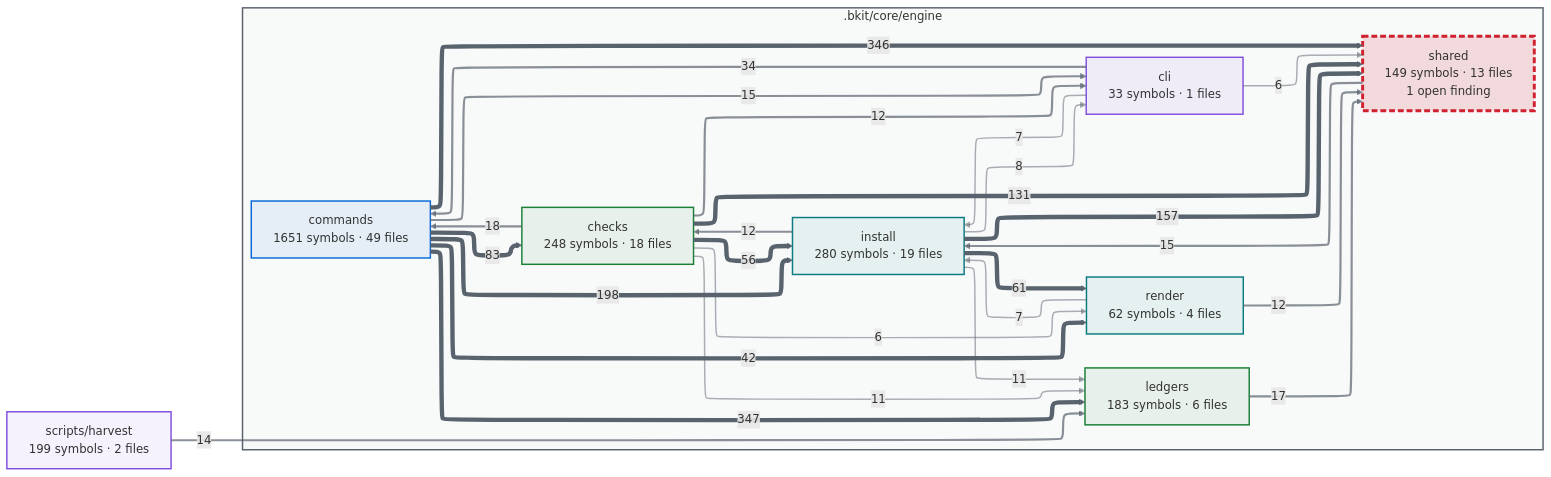
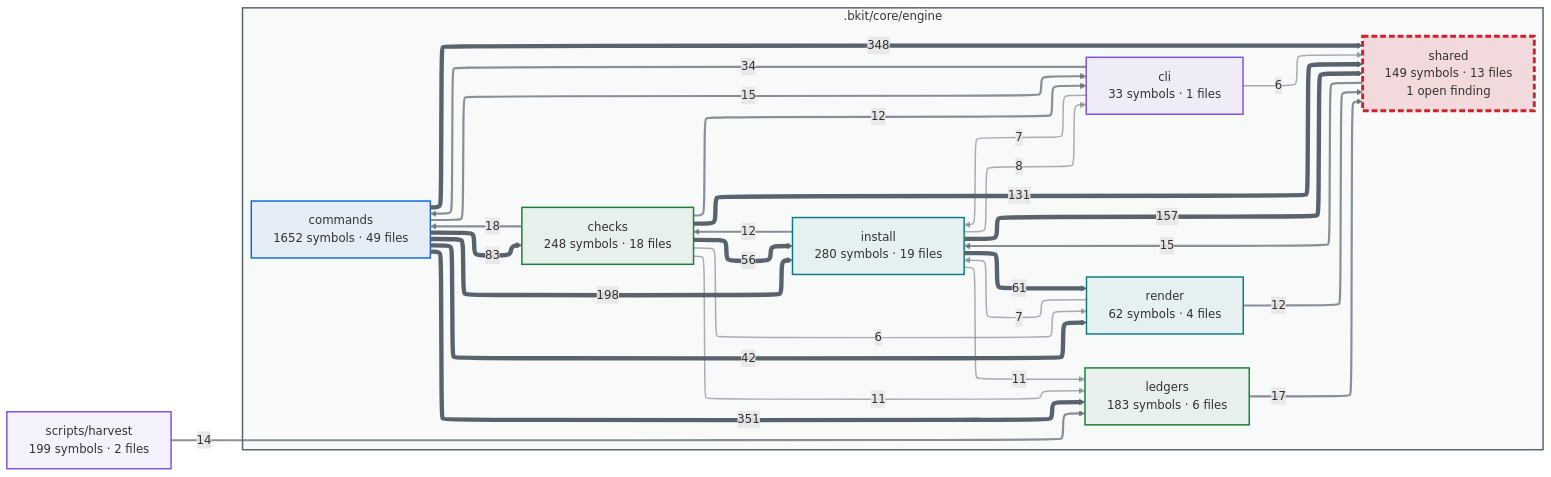
Before and after one commit to cbartens/bkit: the first of 2 diagrams in docs/capabilities.md, drawn with Mermaid. The commit also changed other lines of this file and 16 other files, not shown here.

````diff
--- a/docs/capabilities.md
+++ b/docs/capabilities.md
@@ -153,80 +153,80 @@
 ```mermaid
 ---
 config:
   layout: elk
   themeCSS: "marker { overflow: visible; } marker path { transform: scale(1.8); transform-origin: 5px 5px; }"
   flowchart:
     useMaxWidth: false
 ---
 flowchart LR
-  %% Generated by bkit-graphify-rollup.py from 59a1358f91935ed3471c4bd609c47418b9ff8057 — do not edit
+  %% Generated by bkit-graphify-rollup.py from 3b01c9ca008886a66d475327b9064e87a8825b96 — do not edit
   subgraph gn_bkit_core_engine[".bkit/core/engine"]
     n_bkit_core_engine_checks["checks<br/>248 symbols · 18 files"]
     n_bkit_core_engine_cli["cli<br/>33 symbols · 1 files"]
-    n_bkit_core_engine_commands["commands<br/>1651 symbols · 49 files"]
+    n_bkit_core_engine_commands["commands<br/>1652 symbols · 49 files"]
     n_bkit_core_engine_install["install<br/>280 symbols · 19 files"]
     n_bkit_core_engine_ledgers["ledgers<br/>183 symbols · 6 files"]
     n_bkit_core_engine_render["render<br/>62 symbols · 4 files"]
     n_bkit_core_engine_shared["shared<br/>149 symbols · 13 files<br/>1 open finding"]
   end
   nscripts_harvest["scripts/harvest<br/>199 symbols · 2 files"]
-  n_bkit_core_engine_commands -->|347| n_bkit_core_engine_ledgers
-  n_bkit_core_engine_commands -->|346| n_bkit_core_engine_shared
+  n_bkit_core_engine_commands -->|351| n_bkit_core_engine_ledgers
+  n_bkit_core_engine_commands -->|348| n_bkit_core_engine_shared
   n_bkit_core_engine_commands -->|198| n_bkit_core_engine_install
   n_bkit_core_engine_install -->|157| n_bkit_core_engine_shared
   n_bkit_core_engine_checks -->|131| n_bkit_core_engine_shared
   n_bkit_core_engine_commands -->|83| n_bkit_core_engine_checks
   n_bkit_core_engine_install -->|61| n_bkit_core_engine_render
   n_bkit_core_engine_checks -->|56| n_bkit_core_engine_install
   n_bkit_core_engine_commands -->|42| n_bkit_core_engine_render
   n_bkit_core_engine_cli -->|34| n_bkit_core_engine_commands
   n_bkit_core_engine_checks -->|18| n_bkit_core_engine_commands
   n_bkit_core_engine_ledgers -->|17| n_bkit_core_engine_shared
   n_bkit_core_engine_shared -->|15| n_bkit_core_engine_install
   n_bkit_core_engine_commands -->|15| n_bkit_core_engine_cli
   nscripts_harvest -->|14| n_bkit_core_engine_ledgers
   n_bkit_core_engine_install -->|12| n_bkit_core_engine_checks
   n_bkit_core_engine_checks -->|12| n_bkit_core_engine_cli
   n_bkit_core_engine_render -->|12| n_bkit_core_engine_shared
   n_bkit_core_engine_checks -->|11| n_bkit_core_engine_ledgers
   n_bkit_core_engine_install -->|11| n_bkit_core_engine_ledgers
   n_bkit_core_engine_install -->|8| n_bkit_core_engine_cli
   n_bkit_core_engine_cli -->|7| n_bkit_core_engine_install
   n_bkit_core_engine_render -->|7| n_bkit_core_engine_install
   n_bkit_core_engine_checks -->|6| n_bkit_core_engine_render
   n_bkit_core_engine_cli -->|6| n_bkit_core_engine_shared
   style gn_bkit_core_engine fill:#59636e0a,stroke:#59636e,stroke-width:2px
   style n_bkit_core_engine_checks stroke:#1a7f37,stroke-width:2px,fill:#1a7f3714
   style n_bkit_core_engine_cli stroke:#8250df,stroke-width:2px,fill:#8250df14
   style n_bkit_core_engine_commands stroke:#0969da,stroke-width:2px,fill:#0969da14
   style n_bkit_core_engine_install stroke:#0a7b83,stroke-width:2px,fill:#0a7b8314
   style n_bkit_core_engine_ledgers stroke:#1a7f37,stroke-width:2px,fill:#1a7f3714
   style n_bkit_core_engine_render stroke:#0a7b83,stroke-width:2px,fill:#0a7b8314
   style n_bkit_core_engine_shared stroke:#cf222e,stroke-width:4px,stroke-dasharray:8 4,fill:#cf222e26
   style nscripts_harvest stroke:#8250df,stroke-width:2px,fill:#8250df14
   linkStyle 0 stroke:#59636e,stroke-width:6px
   linkStyle 1 stroke:#59636e,stroke-width:6px
   linkStyle 2 stroke:#59636e,stroke-width:6px
   linkStyle 3 stroke:#59636e,stroke-width:6px
   linkStyle 4 stroke:#59636e,stroke-width:6px
   linkStyle 5 stroke:#59636e,stroke-width:6px
   linkStyle 6 stroke:#59636e,stroke-width:6px
   linkStyle 7 stroke:#59636e,stroke-width:6px
   linkStyle 8 stroke:#59636e,stroke-width:6px
   linkStyle 9 stroke:#59636eb3,stroke-width:3px
   linkStyle 10 stroke:#59636eb3,stroke-width:3px
   linkStyle 11 stroke:#59636eb3,stroke-width:3px
   linkStyle 12 stroke:#59636eb3,stroke-width:3px
   linkStyle 13 stroke:#59636eb3,stroke-width:3px
   linkStyle 14 stroke:#59636eb3,stroke-width:3px
   linkStyle 15 stroke:#59636eb3,stroke-width:3px
   linkStyle 16 stroke:#59636eb3,stroke-width:3px
   linkStyle 17 stroke:#59636eb3,stroke-width:3px
   linkStyle 18 stroke:#59636e80,stroke-width:2px
   linkStyle 19 stroke:#59636e80,stroke-width:2px
   linkStyle 20 stroke:#59636e80,stroke-width:2px
   linkStyle 21 stroke:#59636e80,stroke-width:2px
   linkStyle 22 stroke:#59636e80,stroke-width:2px
   linkStyle 23 stroke:#59636e80,stroke-width:2px
   linkStyle 24 stroke:#59636e80,stroke-width:2px
 ```
````
